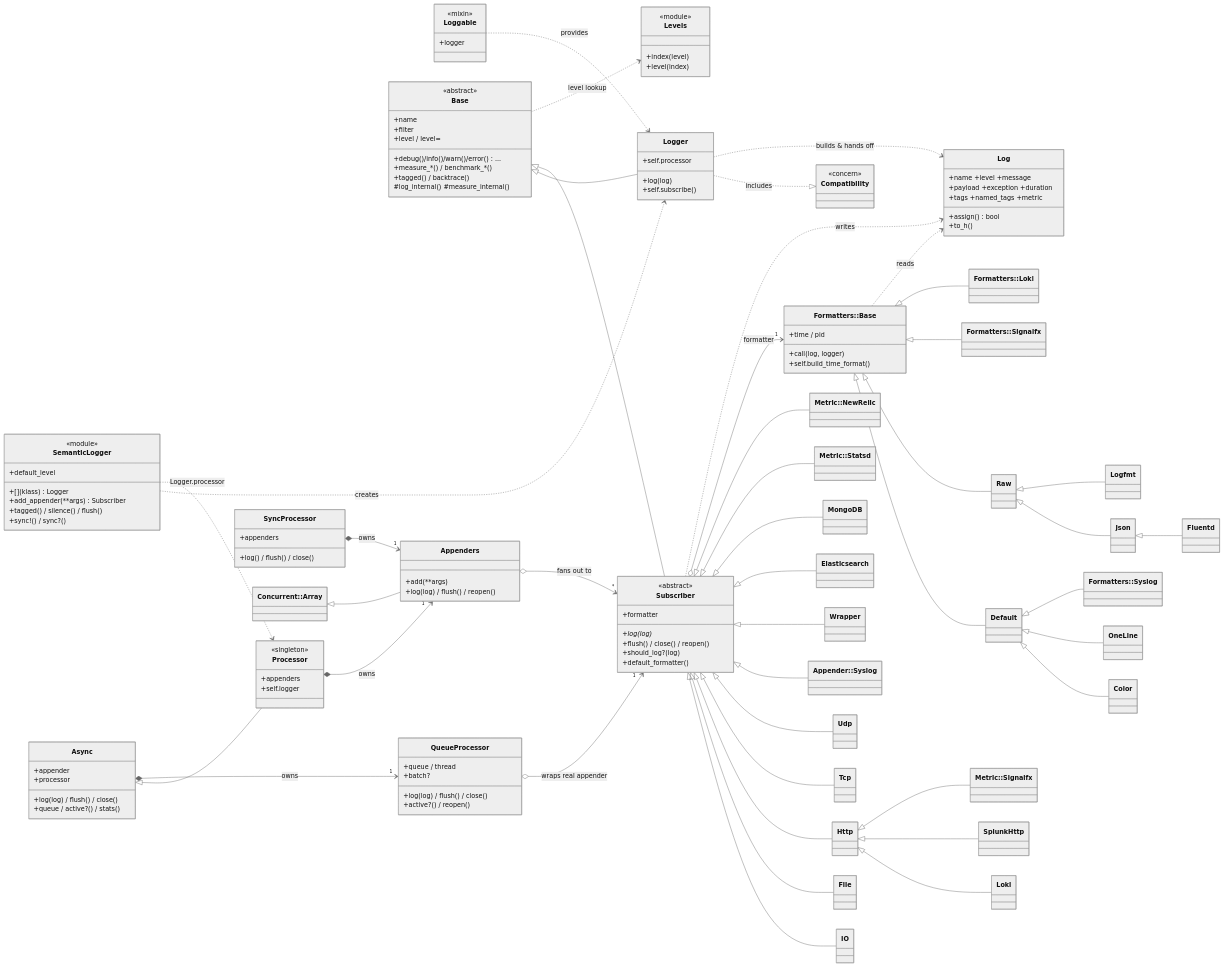
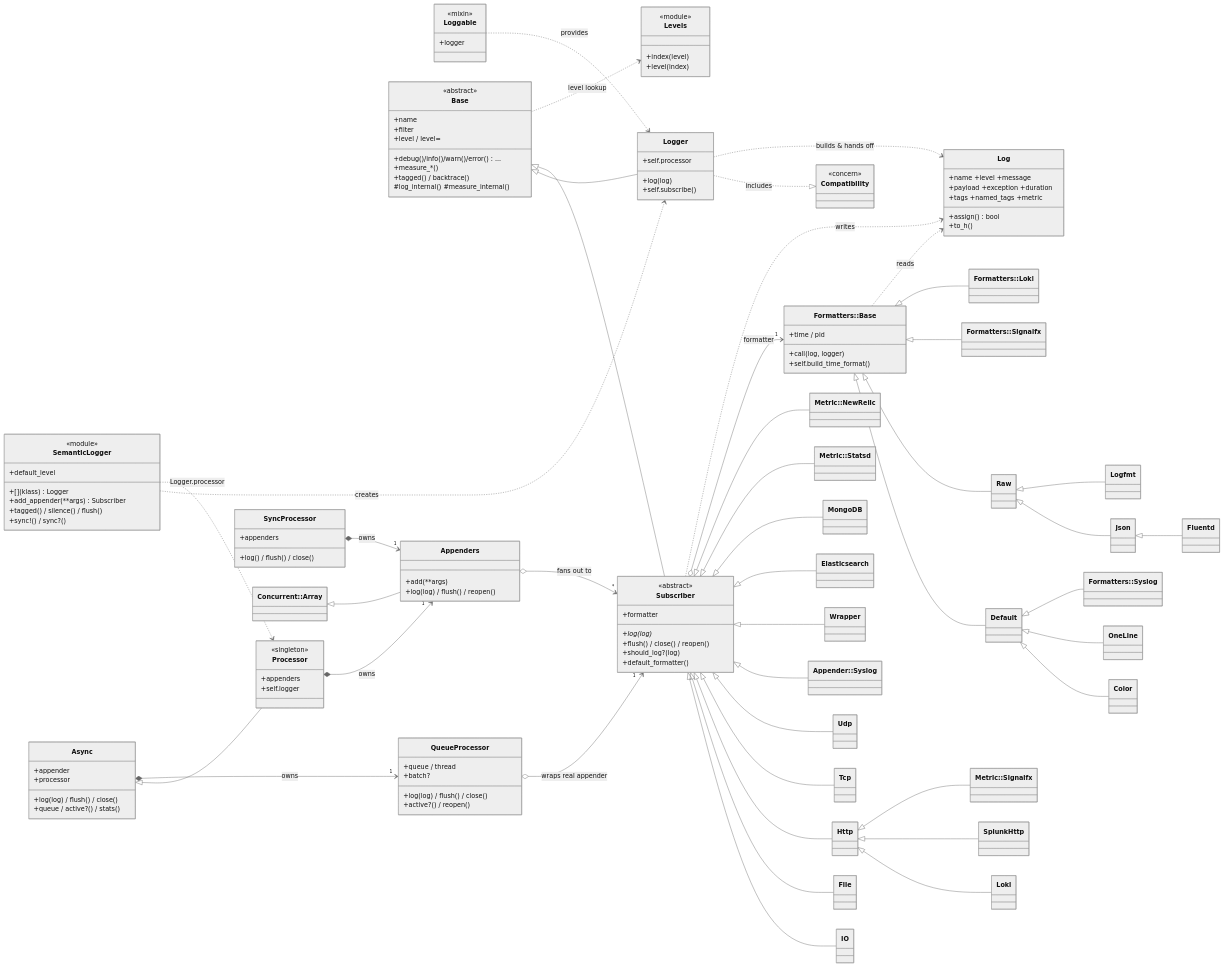
One commit to reidmorrison/semantic_logger changed the diagram in CONTRIBUTING.md. Above: the diagram before and after it, drawn with Mermaid (neutral theme). The commit also changed 9 other files, not shown here.

```diff
--- a/CONTRIBUTING.md
+++ b/CONTRIBUTING.md
@@ -191,7 +191,7 @@
         +filter
         +level / level=
         +debug()/info()/warn()/error()...
-        +measure_*() / benchmark_*()
+        +measure_*()
         +tagged() / backtrace()
         #log_internal() #measure_internal()
     }
```
